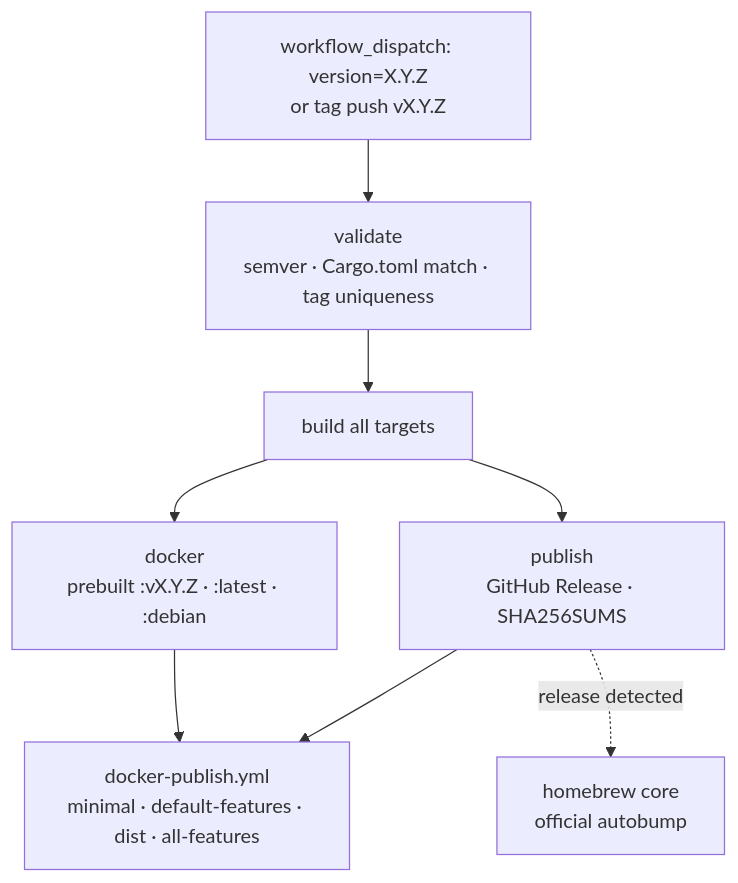
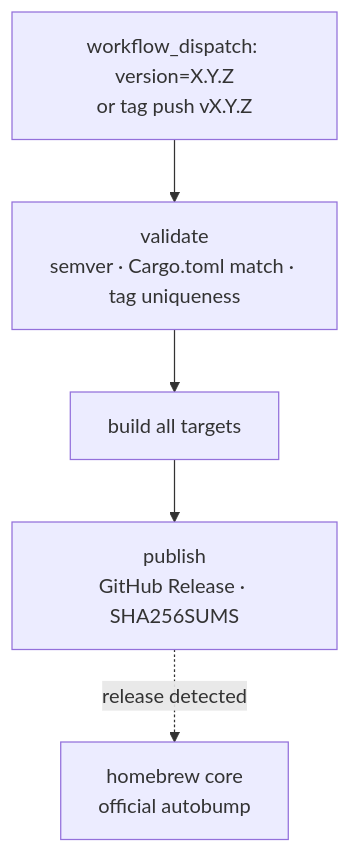
Before and after one commit to kckylechen1/zeroclaw: the second of 2 diagrams in .github/workflows/master-branch-flow.md, drawn with Mermaid. The commit also changed other lines of this file and 64 other files, not shown here.

````diff
--- a/.github/workflows/master-branch-flow.md
+++ b/.github/workflows/master-branch-flow.md
@@ -138,9 +135,7 @@
 ```mermaid
 flowchart TD
   A["workflow_dispatch: version=X.Y.Z\nor tag push vX.Y.Z"] --> V["validate\nsemver · Cargo.toml match · tag uniqueness"]
   V --> BLD["build all targets"]
   BLD --> PUB["publish\nGitHub Release · SHA256SUMS"]
-  BLD --> DOC["docker\nprebuilt :vX.Y.Z · :latest · :debian"]
-  PUB & DOC --> MATRIX["docker-publish.yml\nminimal · default-features · dist · all-features"]
   PUB -. release detected .-> HB["homebrew core\nofficial autobump"]
 ```
````
